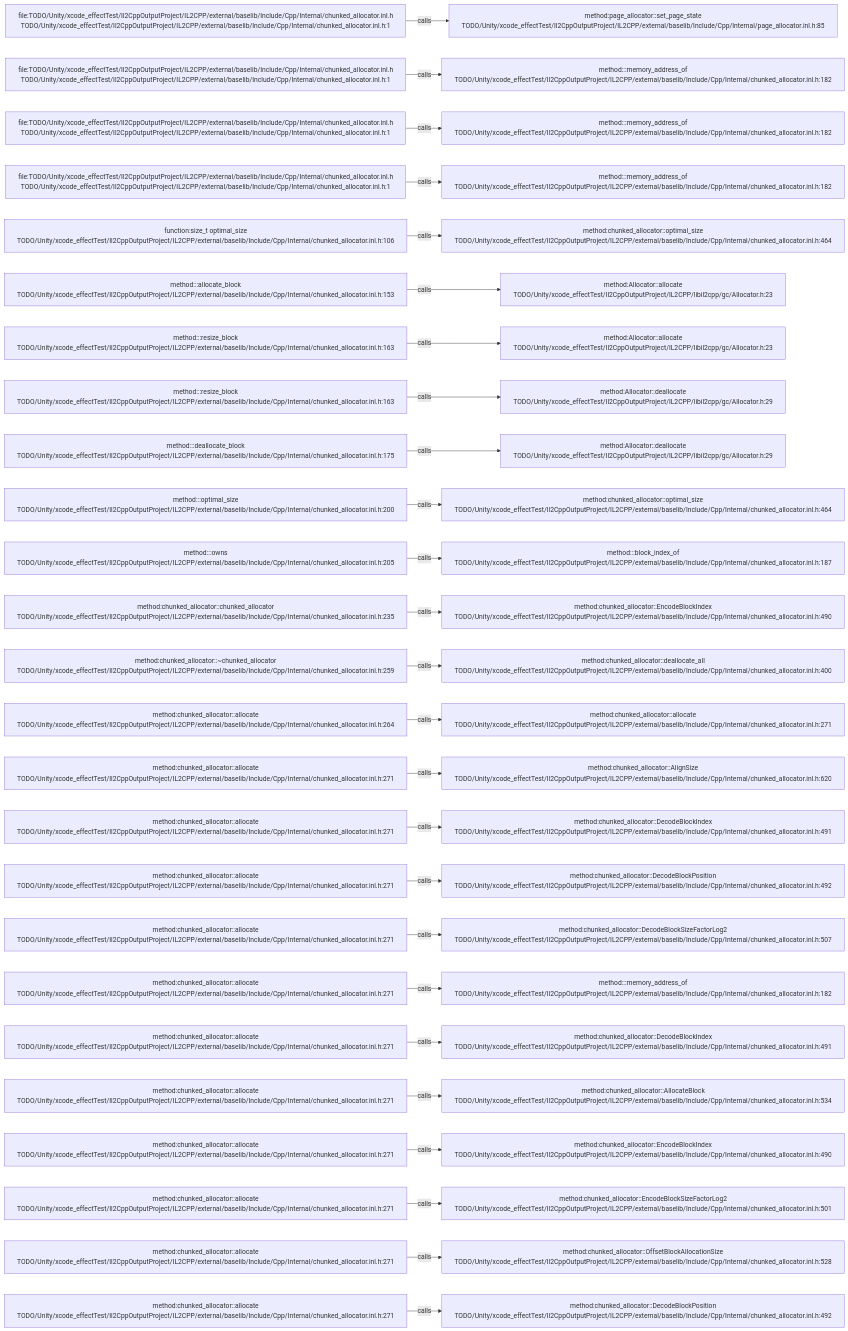
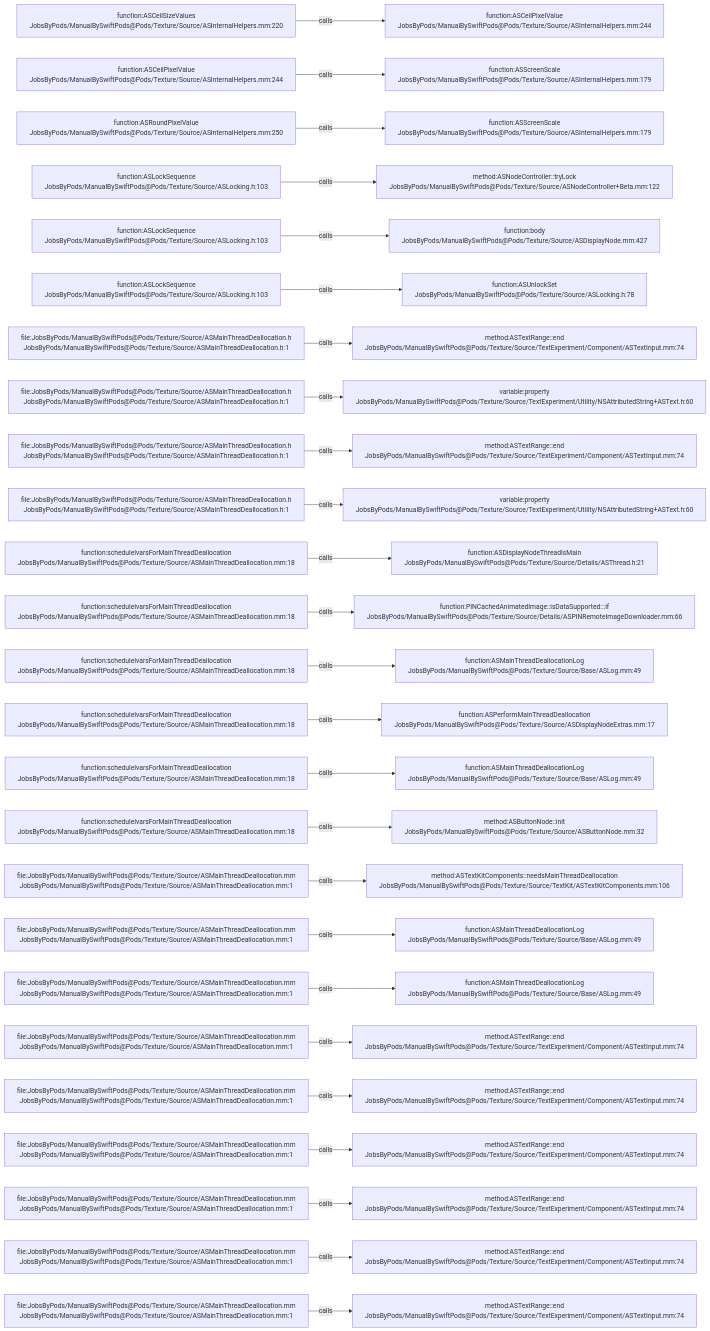
The diagram in .codegraph/codegraph.md/graphs/calls-063.md (JobsKits/JobsSwiftBaseConfigDemo), drawn with Mermaid before and after one commit. The commit also changed 2959 other files, not shown here.

````diff
--- a/.codegraph/codegraph.md/graphs/calls-063.md
+++ b/.codegraph/codegraph.md/graphs/calls-063.md
@@ -13,78 +13,78 @@
 ```mermaid
 flowchart LR
-  S1["file:TODO/Unity/xcode_effectTest/Il2CppOutputProject/IL2CPP/external/baselib/Include/Cpp/Internal/chunked_allocator.inl.h<br/>TODO/Unity/xcode_effectTest/Il2CppOutputProject/IL2CPP/external/baselib/Include/Cpp/Internal/chunked_allocator.inl.h:1"]
-  T1["method:page_allocator::set_page_state<br/>TODO/Unity/xcode_effectTest/Il2CppOutputProject/IL2CPP/external/baselib/Include/Cpp/Internal/page_allocator.inl.h:85"]
+  S1["function:ASCeilSizeValues<br/>JobsByPods/ManualBySwiftPods@Pods/Texture/Source/ASInternalHelpers.mm:220"]
+  T1["function:ASCeilPixelValue<br/>JobsByPods/ManualBySwiftPods@Pods/Texture/Source/ASInternalHelpers.mm:244"]
   S1 -->|calls| T1
-  S2["file:TODO/Unity/xcode_effectTest/Il2CppOutputProject/IL2CPP/external/baselib/Include/Cpp/Internal/chunked_allocator.inl.h<br/>TODO/Unity/xcode_effectTest/Il2CppOutputProject/IL2CPP/external/baselib/Include/Cpp/Internal/chunked_allocator.inl.h:1"]
-  T2["method:<anonymous>::memory_address_of<br/>TODO/Unity/xcode_effectTest/Il2CppOutputProject/IL2CPP/external/baselib/Include/Cpp/Internal/chunked_allocator.inl.h:182"]
+  S2["function:ASCeilPixelValue<br/>JobsByPods/ManualBySwiftPods@Pods/Texture/Source/ASInternalHelpers.mm:244"]
+  T2["function:ASScreenScale<br/>JobsByPods/ManualBySwiftPods@Pods/Texture/Source/ASInternalHelpers.mm:179"]
   S2 -->|calls| T2
-  S3["file:TODO/Unity/xcode_effectTest/Il2CppOutputProject/IL2CPP/external/baselib/Include/Cpp/Internal/chunked_allocator.inl.h<br/>TODO/Unity/xcode_effectTest/Il2CppOutputProject/IL2CPP/external/baselib/Include/Cpp/Internal/chunked_allocator.inl.h:1"]
-  T3["method:<anonymous>::memory_address_of<br/>TODO/Unity/xcode_effectTest/Il2CppOutputProject/IL2CPP/external/baselib/Include/Cpp/Internal/chunked_allocator.inl.h:182"]
+  S3["function:ASRoundPixelValue<br/>JobsByPods/ManualBySwiftPods@Pods/Texture/Source/ASInternalHelpers.mm:250"]
+  T3["function:ASScreenScale<br/>JobsByPods/ManualBySwiftPods@Pods/Texture/Source/ASInternalHelpers.mm:179"]
   S3 -->|calls| T3
-  S4["file:TODO/Unity/xcode_effectTest/Il2CppOutputProject/IL2CPP/external/baselib/Include/Cpp/Internal/chunked_allocator.inl.h<br/>TODO/Unity/xcode_effectTest/Il2CppOutputProject/IL2CPP/external/baselib/Include/Cpp/Internal/chunked_allocator.inl.h:1"]
-  T4["method:<anonymous>::memory_address_of<br/>TODO/Unity/xcode_effectTest/Il2CppOutputProject/IL2CPP/external/baselib/Include/Cpp/Internal/chunked_allocator.inl.h:182"]
+  S4["function:ASLockSequence<br/>JobsByPods/ManualBySwiftPods@Pods/Texture/Source/ASLocking.h:103"]
+  T4["method:ASNodeController::tryLock<br/>JobsByPods/ManualBySwiftPods@Pods/Texture/Source/ASNodeController+Beta.mm:122"]
   S4 -->|calls| T4
-  S5["function:size_t optimal_size<br/>TODO/Unity/xcode_effectTest/Il2CppOutputProject/IL2CPP/external/baselib/Include/Cpp/Internal/chunked_allocator.inl.h:106"]
-  T5["method:chunked_allocator::optimal_size<br/>TODO/Unity/xcode_effectTest/Il2CppOutputProject/IL2CPP/external/baselib/Include/Cpp/Internal/chunked_allocator.inl.h:464"]
+  S5["function:ASLockSequence<br/>JobsByPods/ManualBySwiftPods@Pods/Texture/Source/ASLocking.h:103"]
+  T5["function:body<br/>JobsByPods/ManualBySwiftPods@Pods/Texture/Source/ASDisplayNode.mm:427"]
   S5 -->|calls| T5
-  S6["method:<anonymous>::allocate_block<br/>TODO/Unity/xcode_effectTest/Il2CppOutputProject/IL2CPP/external/baselib/Include/Cpp/Internal/chunked_allocator.inl.h:153"]
-  T6["method:Allocator::allocate<br/>TODO/Unity/xcode_effectTest/Il2CppOutputProject/IL2CPP/libil2cpp/gc/Allocator.h:23"]
+  S6["function:ASLockSequence<br/>JobsByPods/ManualBySwiftPods@Pods/Texture/Source/ASLocking.h:103"]
+  T6["function:ASUnlockSet<br/>JobsByPods/ManualBySwiftPods@Pods/Texture/Source/ASLocking.h:78"]
   S6 -->|calls| T6
-  S7["method:<anonymous>::resize_block<br/>TODO/Unity/xcode_effectTest/Il2CppOutputProject/IL2CPP/external/baselib/Include/Cpp/Internal/chunked_allocator.inl.h:163"]
-  T7["method:Allocator::allocate<br/>TODO/Unity/xcode_effectTest/Il2CppOutputProject/IL2CPP/libil2cpp/gc/Allocator.h:23"]
+  S7["file:JobsByPods/ManualBySwiftPods@Pods/Texture/Source/ASMainThreadDeallocation.h<br/>JobsByPods/ManualBySwiftPods@Pods/Texture/Source/ASMainThreadDeallocation.h:1"]
+  T7["method:ASTextRange::end<br/>JobsByPods/ManualBySwiftPods@Pods/Texture/Source/TextExperiment/Component/ASTextInput.mm:74"]
   S7 -->|calls| T7
-  S8["method:<anonymous>::resize_block<br/>TODO/Unity/xcode_effectTest/Il2CppOutputProject/IL2CPP/external/baselib/Include/Cpp/Internal/chunked_allocator.inl.h:163"]
-  T8["method:Allocator::deallocate<br/>TODO/Unity/xcode_effectTest/Il2CppOutputProject/IL2CPP/libil2cpp/gc/Allocator.h:29"]
+  S8["file:JobsByPods/ManualBySwiftPods@Pods/Texture/Source/ASMainThreadDeallocation.h<br/>JobsByPods/ManualBySwiftPods@Pods/Texture/Source/ASMainThreadDeallocation.h:1"]
+  T8["variable:property<br/>JobsByPods/ManualBySwiftPods@Pods/Texture/Source/TextExperiment/Utility/NSAttributedString+ASText.h:60"]
   S8 -->|calls| T8
-  S9["method:<anonymous>::deallocate_block<br/>TODO/Unity/xcode_effectTest/Il2CppOutputProject/IL2CPP/external/baselib/Include/Cpp/Internal/chunked_allocator.inl.h:175"]
-  T9["method:Allocator::deallocate<br/>TODO/Unity/xcode_effectTest/Il2CppOutputProject/IL2CPP/libil2cpp/gc/Allocator.h:29"]
+  S9["file:JobsByPods/ManualBySwiftPods@Pods/Texture/Source/ASMainThreadDeallocation.h<br/>JobsByPods/ManualBySwiftPods@Pods/Texture/Source/ASMainThreadDeallocation.h:1"]
+  T9["method:ASTextRange::end<br/>JobsByPods/ManualBySwiftPods@Pods/Texture/Source/TextExperiment/Component/ASTextInput.mm:74"]
   S9 -->|calls| T9
-  S10["method:<anonymous>::optimal_size<br/>TODO/Unity/xcode_effectTest/Il2CppOutputProject/IL2CPP/external/baselib/Include/Cpp/Internal/chunked_allocator.inl.h:200"]
-  T10["method:chunked_allocator::optimal_size<br/>TODO/Unity/xcode_effectTest/Il2CppOutputProject/IL2CPP/external/baselib/Include/Cpp/Internal/chunked_allocator.inl.h:464"]
+  S10["file:JobsByPods/ManualBySwiftPods@Pods/Texture/Source/ASMainThreadDeallocation.h<br/>JobsByPods/ManualBySwiftPods@Pods/Texture/Source/ASMainThreadDeallocation.h:1"]
+  T10["variable:property<br/>JobsByPods/ManualBySwiftPods@Pods/Texture/Source/TextExperiment/Utility/NSAttributedString+ASText.h:60"]
   S10 -->|calls| T10
-  S11["method:<anonymous>::owns<br/>TODO/Unity/xcode_effectTest/Il2CppOutputProject/IL2CPP/external/baselib/Include/Cpp/Internal/chunked_allocator.inl.h:205"]
-  T11["method:<anonymous>::block_index_of<br/>TODO/Unity/xcode_effectTest/Il2CppOutputProject/IL2CPP/external/baselib/Include/Cpp/Internal/chunked_allocator.inl.h:187"]
+  S11["function:scheduleIvarsForMainThreadDeallocation<br/>JobsByPods/ManualBySwiftPods@Pods/Texture/Source/ASMainThreadDeallocation.mm:18"]
+  T11["function:ASDisplayNodeThreadIsMain<br/>JobsByPods/ManualBySwiftPods@Pods/Texture/Source/Details/ASThread.h:21"]
   S11 -->|calls| T11
-  S12["method:chunked_allocator::chunked_allocator<br/>TODO/Unity/xcode_effectTest/Il2CppOutputProject/IL2CPP/external/baselib/Include/Cpp/Internal/chunked_allocator.inl.h:235"]
-  T12["method:chunked_allocator::EncodeBlockIndex<br/>TODO/Unity/xcode_effectTest/Il2CppOutputProject/IL2CPP/external/baselib/Include/Cpp/Internal/chunked_allocator.inl.h:490"]
+  S12["function:scheduleIvarsForMainThreadDeallocation<br/>JobsByPods/ManualBySwiftPods@Pods/Texture/Source/ASMainThreadDeallocation.mm:18"]
+  T12["function:PINCachedAnimatedImage::isDataSupported:::if<br/>JobsByPods/ManualBySwiftPods@Pods/Texture/Source/Details/ASPINRemoteImageDownloader.mm:66"]
   S12 -->|calls| T12
-  S13["method:chunked_allocator::~chunked_allocator<br/>TODO/Unity/xcode_effectTest/Il2CppOutputProject/IL2CPP/external/baselib/Include/Cpp/Internal/chunked_allocator.inl.h:259"]
-  T13["method:chunked_allocator::deallocate_all<br/>TODO/Unity/xcode_effectTest/Il2CppOutputProject/IL2CPP/external/baselib/Include/Cpp/Internal/chunked_allocator.inl.h:400"]
+  S13["function:scheduleIvarsForMainThreadDeallocation<br/>JobsByPods/ManualBySwiftPods@Pods/Texture/Source/ASMainThreadDeallocation.mm:18"]
+  T13["function:ASMainThreadDeallocationLog<br/>JobsByPods/ManualBySwiftPods@Pods/Texture/Source/Base/ASLog.mm:49"]
   S13 -->|calls| T13
-  S14["method:chunked_allocator::allocate<br/>TODO/Unity/xcode_effectTest/Il2CppOutputProject/IL2CPP/external/baselib/Include/Cpp/Internal/chunked_allocator.inl.h:264"]
-  T14["method:chunked_allocator::allocate<br/>TODO/Unity/xcode_effectTest/Il2CppOutputProject/IL2CPP/external/baselib/Include/Cpp/Internal/chunked_allocator.inl.h:271"]
+  S14["function:scheduleIvarsForMainThreadDeallocation<br/>JobsByPods/ManualBySwiftPods@Pods/Texture/Source/ASMainThreadDeallocation.mm:18"]
+  T14["function:ASPerformMainThreadDeallocation<br/>JobsByPods/ManualBySwiftPods@Pods/Texture/Source/ASDisplayNodeExtras.mm:17"]
   S14 -->|calls| T14
-  S15["method:chunked_allocator::allocate<br/>TODO/Unity/xcode_effectTest/Il2CppOutputProject/IL2CPP/external/baselib/Include/Cpp/Internal/chunked_allocator.inl.h:271"]
-  T15["method:chunked_allocator::AlignSize<br/>TODO/Unity/xcode_effectTest/Il2CppOutputProject/IL2CPP/external/baselib/Include/Cpp/Internal/chunked_allocator.inl.h:620"]
+  S15["function:scheduleIvarsForMainThreadDeallocation<br/>JobsByPods/ManualBySwiftPods@Pods/Texture/Source/ASMainThreadDeallocation.mm:18"]
+  T15["function:ASMainThreadDeallocationLog<br/>JobsByPods/ManualBySwiftPods@Pods/Texture/Source/Base/ASLog.mm:49"]
   S15 -->|calls| T15
-  S16["method:chunked_allocator::allocate<br/>TODO/Unity/xcode_effectTest/Il2CppOutputProject/IL2CPP/external/baselib/Include/Cpp/Internal/chunked_allocator.inl.h:271"]
-  T16["method:chunked_allocator::DecodeBlockIndex<br/>TODO/Unity/xcode_effectTest/Il2CppOutputProject/IL2CPP/external/baselib/Include/Cpp/Internal/chunked_allocator.inl.h:491"]
+  S16["function:scheduleIvarsForMainThreadDeallocation<br/>JobsByPods/ManualBySwiftPods@Pods/Texture/Source/ASMainThreadDeallocation.mm:18"]
+  T16["method:ASButtonNode::init<br/>JobsByPods/ManualBySwiftPods@Pods/Texture/Source/ASButtonNode.mm:32"]
   S16 -->|calls| T16
-  S17["method:chunked_allocator::allocate<br/>TODO/Unity/xcode_effectTest/Il2CppOutputProject/IL2CPP/external/baselib/Include/Cpp/Internal/chunked_allocator.inl.h:271"]
-  T17["method:chunked_allocator::DecodeBlockPosition<br/>TODO/Unity/xcode_effectTest/Il2CppOutputProject/IL2CPP/external/baselib/Include/Cpp/Internal/chunked_allocator.inl.h:492"]
+  S17["file:JobsByPods/ManualBySwiftPods@Pods/Texture/Source/ASMainThreadDeallocation.mm<br/>JobsByPods/ManualBySwiftPods@Pods/Texture/Source/ASMainThreadDeallocation.mm:1"]
+  T17["method:ASTextKitComponents::needsMainThreadDeallocation<br/>JobsByPods/ManualBySwiftPods@Pods/Texture/Source/TextKit/ASTextKitComponents.mm:106"]
   S17 -->|calls| T17
-  S18["method:chunked_allocator::allocate<br/>TODO/Unity/xcode_effectTest/Il2CppOutputProject/IL2CPP/external/baselib/Include/Cpp/Internal/chunked_allocator.inl.h:271"]
-  T18["method:chunked_allocator::DecodeBlockSizeFactorLog2<br/>TODO/Unity/xcode_effectTest/Il2CppOutputProject/IL2CPP/external/baselib/Include/Cpp/Internal/chunked_allocator.inl.h:507"]
+  S18["file:JobsByPods/ManualBySwiftPods@Pods/Texture/Source/ASMainThreadDeallocation.mm<br/>JobsByPods/ManualBySwiftPods@Pods/Texture/Source/ASMainThreadDeallocation.mm:1"]
+  T18["function:ASMainThreadDeallocationLog<br/>JobsByPods/ManualBySwiftPods@Pods/Texture/Source/Base/ASLog.mm:49"]
   S18 -->|calls| T18
-  S19["method:chunked_allocator::allocate<br/>TODO/Unity/xcode_effectTest/Il2CppOutputProject/IL2CPP/external/baselib/Include/Cpp/Internal/chunked_allocator.inl.h:271"]
-  T19["method:<anonymous>::memory_address_of<br/>TODO/Unity/xcode_effectTest/Il2CppOutputProject/IL2CPP/external/baselib/Include/Cpp/Internal/chunked_allocator.inl.h:182"]
+  S19["file:JobsByPods/ManualBySwiftPods@Pods/Texture/Source/ASMainThreadDeallocation.mm<br/>JobsByPods/ManualBySwiftPods@Pods/Texture/Source/ASMainThreadDeallocation.mm:1"]
+  T19["function:ASMainThreadDeallocationLog<br/>JobsByPods/ManualBySwiftPods@Pods/Texture/Source/Base/ASLog.mm:49"]
   S19 -->|calls| T19
-  S20["method:chunked_allocator::allocate<br/>TODO/Unity/xcode_effectTest/Il2CppOutputProject/IL2CPP/external/baselib/Include/Cpp/Internal/chunked_allocator.inl.h:271"]
-  T20["method:chunked_allocator::DecodeBlockIndex<br/>TODO/Unity/xcode_effectTest/Il2CppOutputProject/IL2CPP/external/baselib/Include/Cpp/Internal/chunked_allocator.inl.h:491"]
+  S20["file:JobsByPods/ManualBySwiftPods@Pods/Texture/Source/ASMainThreadDeallocation.mm<br/>JobsByPods/ManualBySwiftPods@Pods/Texture/Source/ASMainThreadDeallocation.mm:1"]
+  T20["method:ASTextRange::end<br/>JobsByPods/ManualBySwiftPods@Pods/Texture/Source/TextExperiment/Component/ASTextInput.mm:74"]
   S20 -->|calls| T20
-  S21["method:chunked_allocator::allocate<br/>TODO/Unity/xcode_effectTest/Il2CppOutputProject/IL2CPP/external/baselib/Include/Cpp/Internal/chunked_allocator.inl.h:271"]
-  T21["method:chunked_allocator::AllocateBlock<br/>TODO/Unity/xcode_effectTest/Il2CppOutputProject/IL2CPP/external/baselib/Include/Cpp/Internal/chunked_allocator.inl.h:534"]
+  S21["file:JobsByPods/ManualBySwiftPods@Pods/Texture/Source/ASMainThreadDeallocation.mm<br/>JobsByPods/ManualBySwiftPods@Pods/Texture/Source/ASMainThreadDeallocation.mm:1"]
+  T21["method:ASTextRange::end<br/>JobsByPods/ManualBySwiftPods@Pods/Texture/Source/TextExperiment/Component/ASTextInput.mm:74"]
   S21 -->|calls| T21
-  S22["method:chunked_allocator::allocate<br/>TODO/Unity/xcode_effectTest/Il2CppOutputProject/IL2CPP/external/baselib/Include/Cpp/Internal/chunked_allocator.inl.h:271"]
-  T22["method:chunked_allocator::EncodeBlockIndex<br/>TODO/Unity/xcode_effectTest/Il2CppOutputProject/IL2CPP/external/baselib/Include/Cpp/Internal/chunked_allocator.inl.h:490"]
+  S22["file:JobsByPods/ManualBySwiftPods@Pods/Texture/Source/ASMainThreadDeallocation.mm<br/>JobsByPods/ManualBySwiftPods@Pods/Texture/Source/ASMainThreadDeallocation.mm:1"]
+  T22["method:ASTextRange::end<br/>JobsByPods/ManualBySwiftPods@Pods/Texture/Source/TextExperiment/Component/ASTextInput.mm:74"]
   S22 -->|calls| T22
-  S23["method:chunked_allocator::allocate<br/>TODO/Unity/xcode_effectTest/Il2CppOutputProject/IL2CPP/external/baselib/Include/Cpp/Internal/chunked_allocator.inl.h:271"]
-  T23["method:chunked_allocator::EncodeBlockSizeFactorLog2<br/>TODO/Unity/xcode_effectTest/Il2CppOutputProject/IL2CPP/external/baselib/Include/Cpp/Internal/chunked_allocator.inl.h:501"]
+  S23["file:JobsByPods/ManualBySwiftPods@Pods/Texture/Source/ASMainThreadDeallocation.mm<br/>JobsByPods/ManualBySwiftPods@Pods/Texture/Source/ASMainThreadDeallocation.mm:1"]
+  T23["method:ASTextRange::end<br/>JobsByPods/ManualBySwiftPods@Pods/Texture/Source/TextExperiment/Component/ASTextInput.mm:74"]
   S23 -->|calls| T23
-  S24["method:chunked_allocator::allocate<br/>TODO/Unity/xcode_effectTest/Il2CppOutputProject/IL2CPP/external/baselib/Include/Cpp/Internal/chunked_allocator.inl.h:271"]
-  T24["method:chunked_allocator::OffsetBlockAllocationSize<br/>TODO/Unity/xcode_effectTest/Il2CppOutputProject/IL2CPP/external/baselib/Include/Cpp/Internal/chunked_allocator.inl.h:528"]
+  S24["file:JobsByPods/ManualBySwiftPods@Pods/Texture/Source/ASMainThreadDeallocation.mm<br/>JobsByPods/ManualBySwiftPods@Pods/Texture/Source/ASMainThreadDeallocation.mm:1"]
+  T24["method:ASTextRange::end<br/>JobsByPods/ManualBySwiftPods@Pods/Texture/Source/TextExperiment/Component/ASTextInput.mm:74"]
   S24 -->|calls| T24
-  S25["method:chunked_allocator::allocate<br/>TODO/Unity/xcode_effectTest/Il2CppOutputProject/IL2CPP/external/baselib/Include/Cpp/Internal/chunked_allocator.inl.h:271"]
-  T25["method:chunked_allocator::DecodeBlockPosition<br/>TODO/Unity/xcode_effectTest/Il2CppOutputProject/IL2CPP/external/baselib/Include/Cpp/Internal/chunked_allocator.inl.h:492"]
+  S25["file:JobsByPods/ManualBySwiftPods@Pods/Texture/Source/ASMainThreadDeallocation.mm<br/>JobsByPods/ManualBySwiftPods@Pods/Texture/Source/ASMainThreadDeallocation.mm:1"]
+  T25["method:ASTextRange::end<br/>JobsByPods/ManualBySwiftPods@Pods/Texture/Source/TextExperiment/Component/ASTextInput.mm:74"]
   S25 -->|calls| T25
 ```
````
